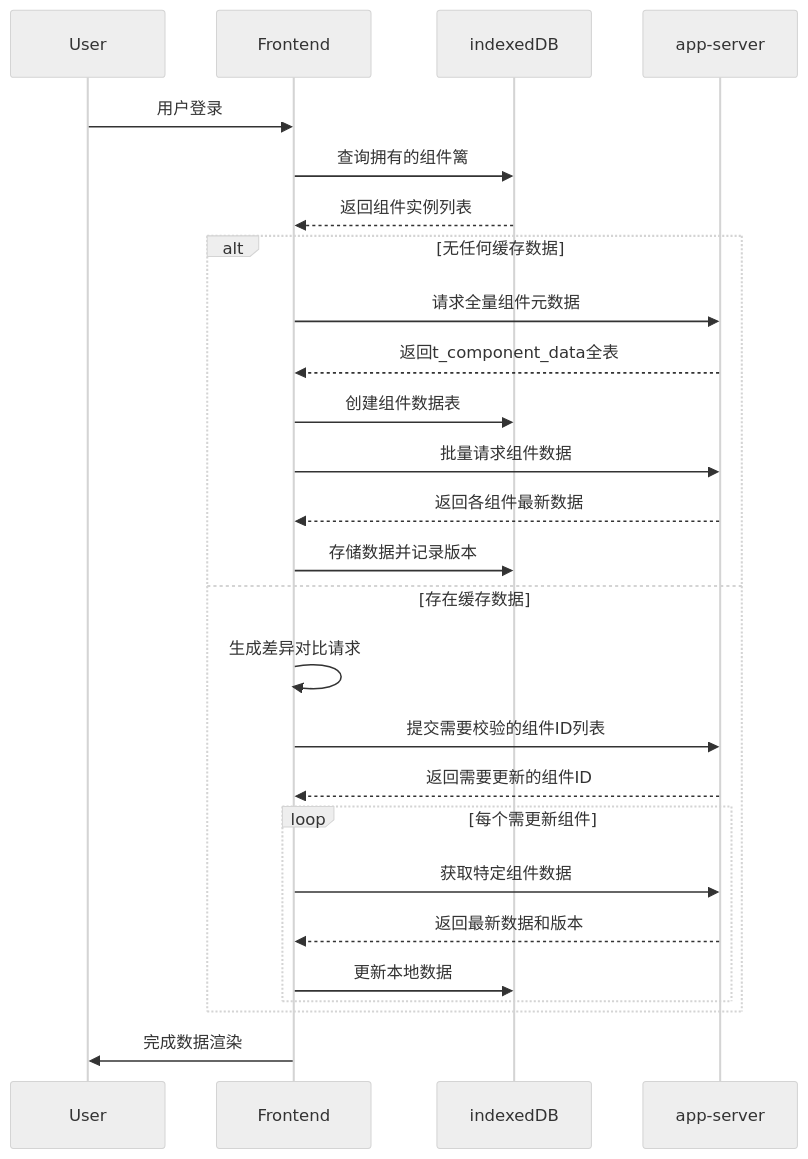
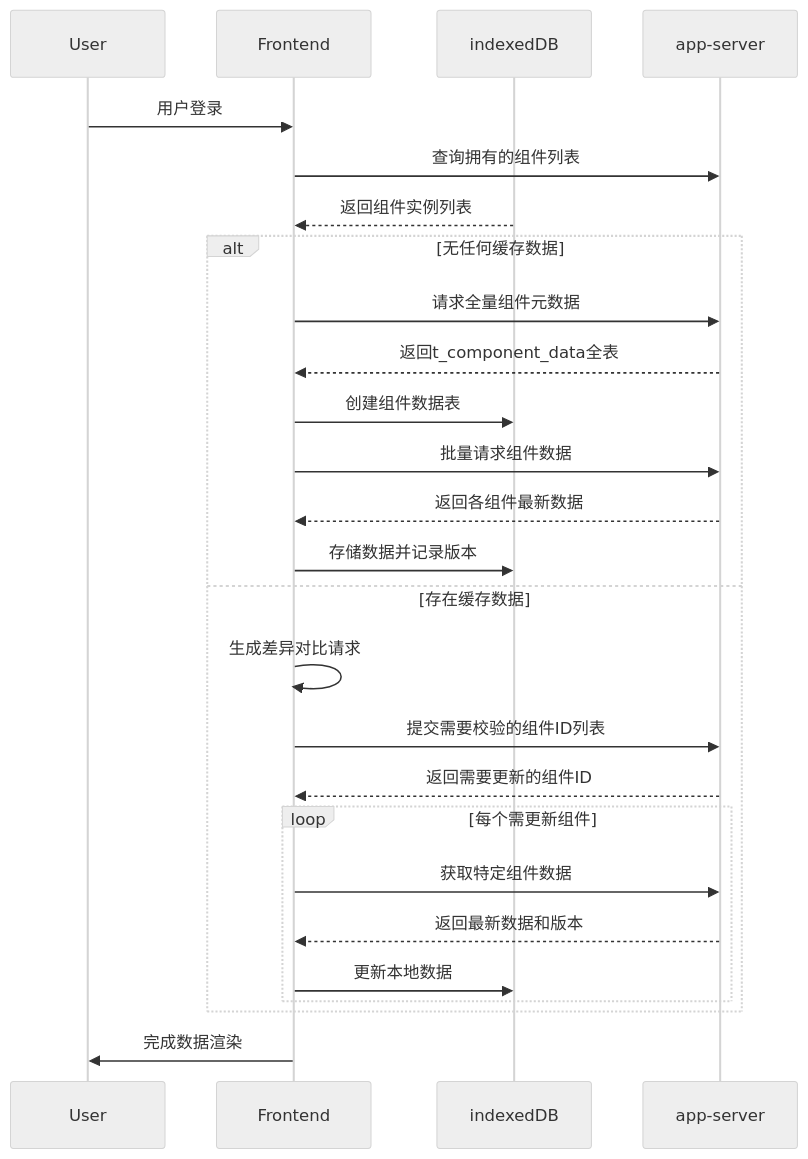
One commit to yingjianzh/iodraw-files changed the diagram in all/未命名-24.md. Above: the diagram before and after it, drawn with Mermaid (neutral theme).

Commit message:
2025-02-24 17:06:49 update

````diff
--- a/all/未命名-24.md
+++ b/all/未命名-24.md
@@ -1,30 +1,30 @@
 ```mermaid
 sequenceDiagram
     participant User
     participant Frontend
     participant indexedDB
     participant app-server
 
     User->>Frontend: 用户登录
-    Frontend->>indexedDB: 查询拥有的组件篱
+    Frontend->>app-server: 查询拥有的组件列表
     indexedDB-->>Frontend: 返回组件实例列表
     
     alt 无任何缓存数据
         Frontend->>app-server: 请求全量组件元数据
         app-server-->>Frontend: 返回t_component_data全表
         Frontend->>indexedDB: 创建组件数据表
         Frontend->>app-server: 批量请求组件数据
         app-server-->>Frontend: 返回各组件最新数据
         Frontend->>indexedDB: 存储数据并记录版本
     else 存在缓存数据
         Frontend->>Frontend: 生成差异对比请求
         Frontend->>app-server: 提交需要校验的组件ID列表
         app-server-->>Frontend: 返回需要更新的组件ID
         loop 每个需更新组件
             Frontend->>app-server: 获取特定组件数据
             app-server-->>Frontend: 返回最新数据和版本
             Frontend->>indexedDB: 更新本地数据
         end
     end
     Frontend->>User: 完成数据渲染
 ```
````
